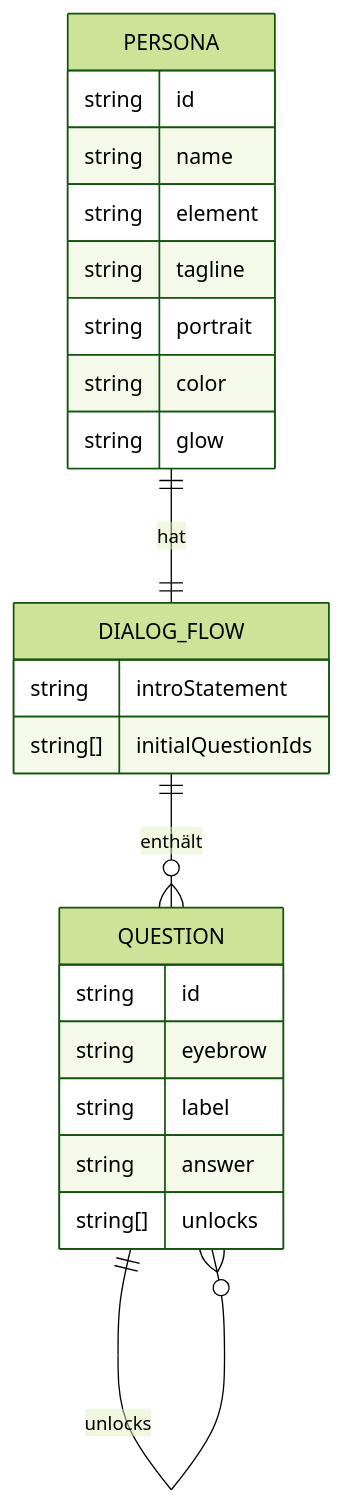
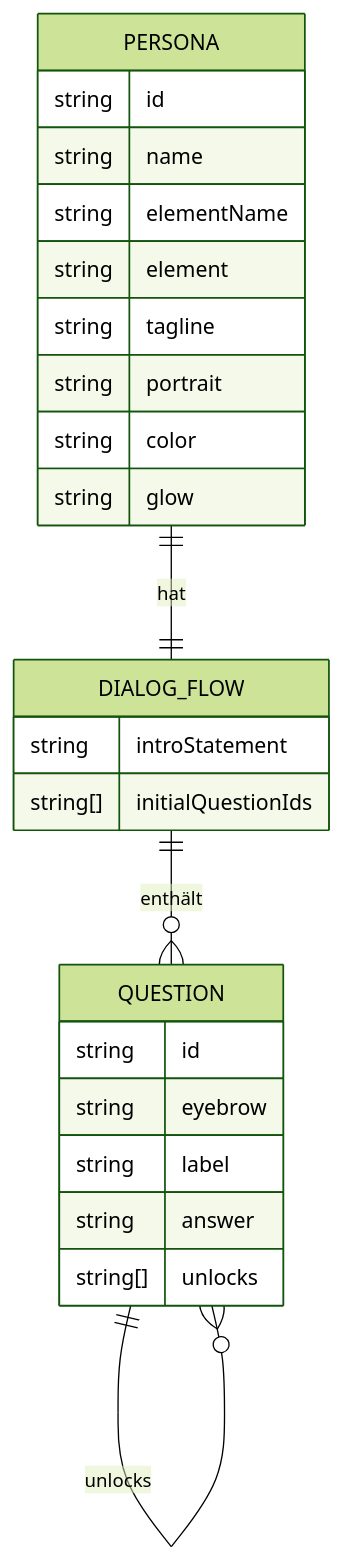
Before and after one commit to n-wlm/elementina: the diagram in docs/sections/30-data-model.md, drawn with Mermaid (forest theme). The commit also changed other lines of this file and 11 other files, not shown here.

First line of the commit message:
Show real element name in call header

````diff
--- a/docs/sections/30-data-model.md
+++ b/docs/sections/30-data-model.md
@@ -18,26 +18,27 @@
 ```mermaid
 erDiagram
   PERSONA ||--|| DIALOG_FLOW : "hat"
   DIALOG_FLOW ||--o{ QUESTION : "enthält"
   QUESTION ||--o{ QUESTION : "unlocks"
   PERSONA {
     string id
     string name
+    string elementName
     string element
     string tagline
     string portrait
     string color
     string glow
   }
   DIALOG_FLOW {
     string introStatement
     string[] initialQuestionIds
   }
   QUESTION {
     string id
     string eyebrow
     string label
     string answer
     string[] unlocks
   }
 ```
````
